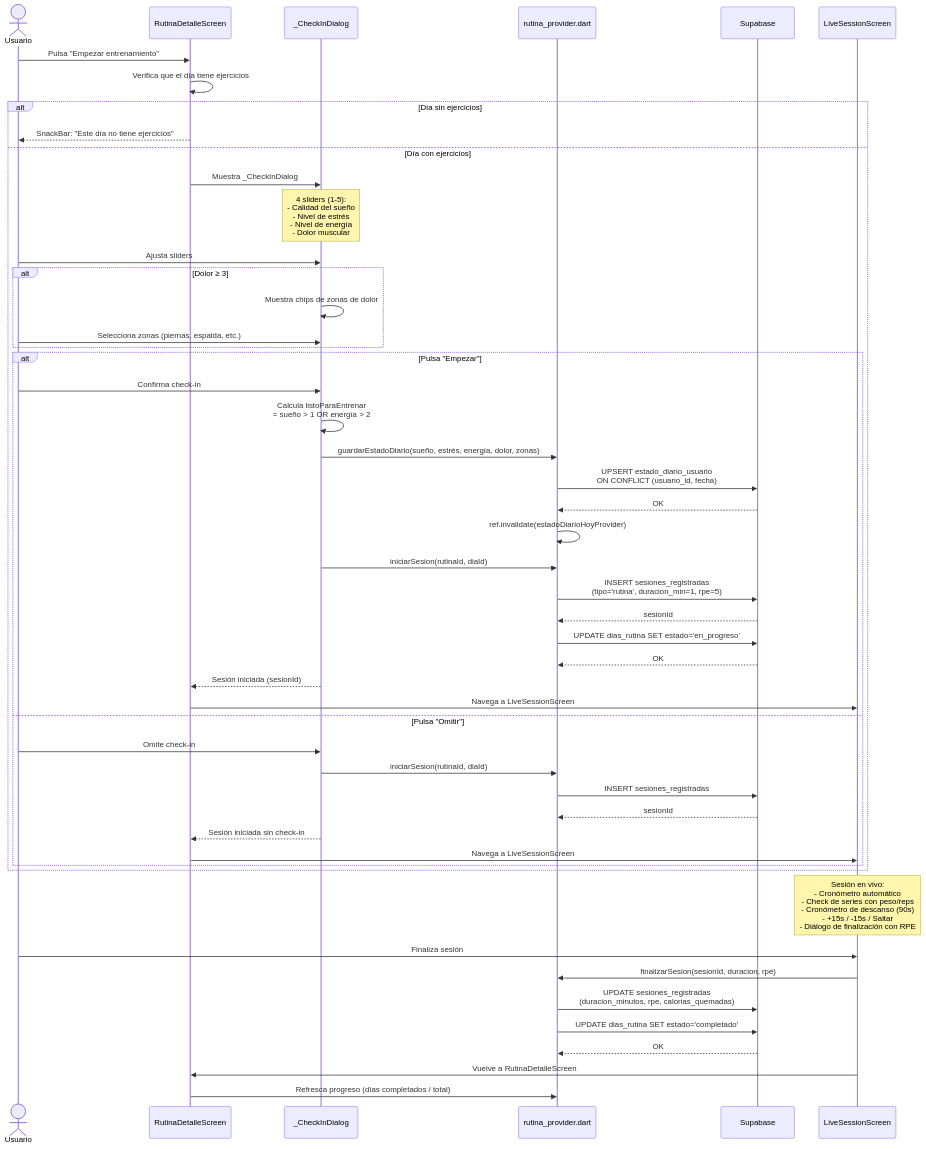
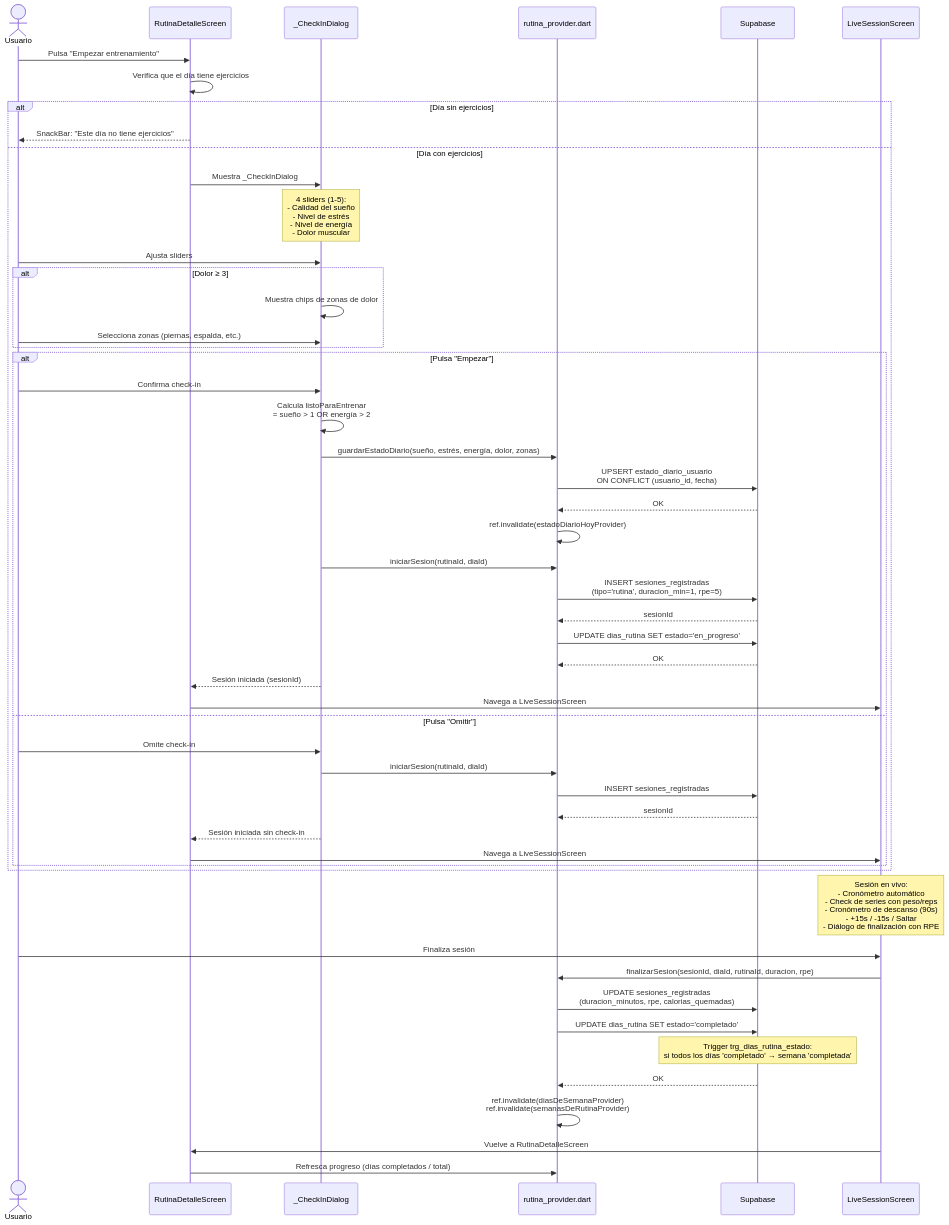
One commit to Jloen1999/synaptixfit changed the fourth of 6 diagrams in docs/03-architecture.md. Above: the diagram before and after it, drawn with Mermaid. The commit also changed other lines of this file and 7 other files, not shown here.

Commit message:
fix: [Bienestar] Trigger cascada dias->semanas, botón completar rutina, revertir día al modificar ejercicios, carga reactiva de nombres y eliminar check-in molesto

````diff
--- a/docs/03-architecture.md
+++ b/docs/03-architecture.md
@@ -236,63 +236,65 @@
 ```mermaid
 sequenceDiagram
     actor User as Usuario
     participant Det as RutinaDetalleScreen
     participant Dialog as _CheckInDialog
     participant Prov as rutina_provider.dart
     participant SB as Supabase
     participant Live as LiveSessionScreen
 
     User->>Det: Pulsa "Empezar entrenamiento"
     Det->>Det: Verifica que el día tiene ejercicios
     alt Día sin ejercicios
         Det-->>User: SnackBar: "Este día no tiene ejercicios"
     else Día con ejercicios
         Det->>Dialog: Muestra _CheckInDialog
 
         Note over Dialog: 4 sliders (1-5):<br/>- Calidad del sueño<br/>- Nivel de estrés<br/>- Nivel de energía<br/>- Dolor muscular
 
         User->>Dialog: Ajusta sliders
         alt Dolor ≥ 3
             Dialog->>Dialog: Muestra chips de zonas de dolor
             User->>Dialog: Selecciona zonas (piernas, espalda, etc.)
         end
 
         alt Pulsa "Empezar"
             User->>Dialog: Confirma check-in
 
             Dialog->>Dialog: Calcula listoParaEntrenar<br/>= sueño > 1 OR energía > 2
 
             Dialog->>Prov: guardarEstadoDiario(sueño, estrés, energía, dolor, zonas)
             Prov->>SB: UPSERT estado_diario_usuario<br/>ON CONFLICT (usuario_id, fecha)
             SB-->>Prov: OK
             Prov->>Prov: ref.invalidate(estadoDiarioHoyProvider)
 
             Dialog->>Prov: iniciarSesion(rutinaId, diaId)
             Prov->>SB: INSERT sesiones_registradas<br/>(tipo='rutina', duracion_min=1, rpe=5)
             SB-->>Prov: sesionId
             Prov->>SB: UPDATE dias_rutina SET estado='en_progreso'
             SB-->>Prov: OK
 
             Dialog-->>Det: Sesión iniciada (sesionId)
             Det->>Live: Navega a LiveSessionScreen
         else Pulsa "Omitir"
             User->>Dialog: Omite check-in
             Dialog->>Prov: iniciarSesion(rutinaId, diaId)
             Prov->>SB: INSERT sesiones_registradas
             SB-->>Prov: sesionId
             Dialog-->>Det: Sesión iniciada sin check-in
             Det->>Live: Navega a LiveSessionScreen
         end
     end
 
     Note over Live: Sesión en vivo:<br/>- Cronómetro automático<br/>- Check de series con peso/reps<br/>- Cronómetro de descanso (90s)<br/>- +15s / -15s / Saltar<br/>- Diálogo de finalización con RPE
 
     User->>Live: Finaliza sesión
-    Live->>Prov: finalizarSesion(sesionId, duracion, rpe)
+    Live->>Prov: finalizarSesion(sesionId, diaId, rutinaId, duracion, rpe)
     Prov->>SB: UPDATE sesiones_registradas<br/>(duracion_minutos, rpe, calorias_quemadas)
     Prov->>SB: UPDATE dias_rutina SET estado='completado'
+    Note over SB: Trigger trg_dias_rutina_estado:<br/>si todos los días 'completado' → semana 'completada'
     SB-->>Prov: OK
+    Prov->>Prov: ref.invalidate(diasDeSemanaProvider)<br/>ref.invalidate(semanasDeRutinaProvider)
 
     Live->>Det: Vuelve a RutinaDetalleScreen
     Det->>Prov: Refresca progreso (días completados / total)
 ```
````
